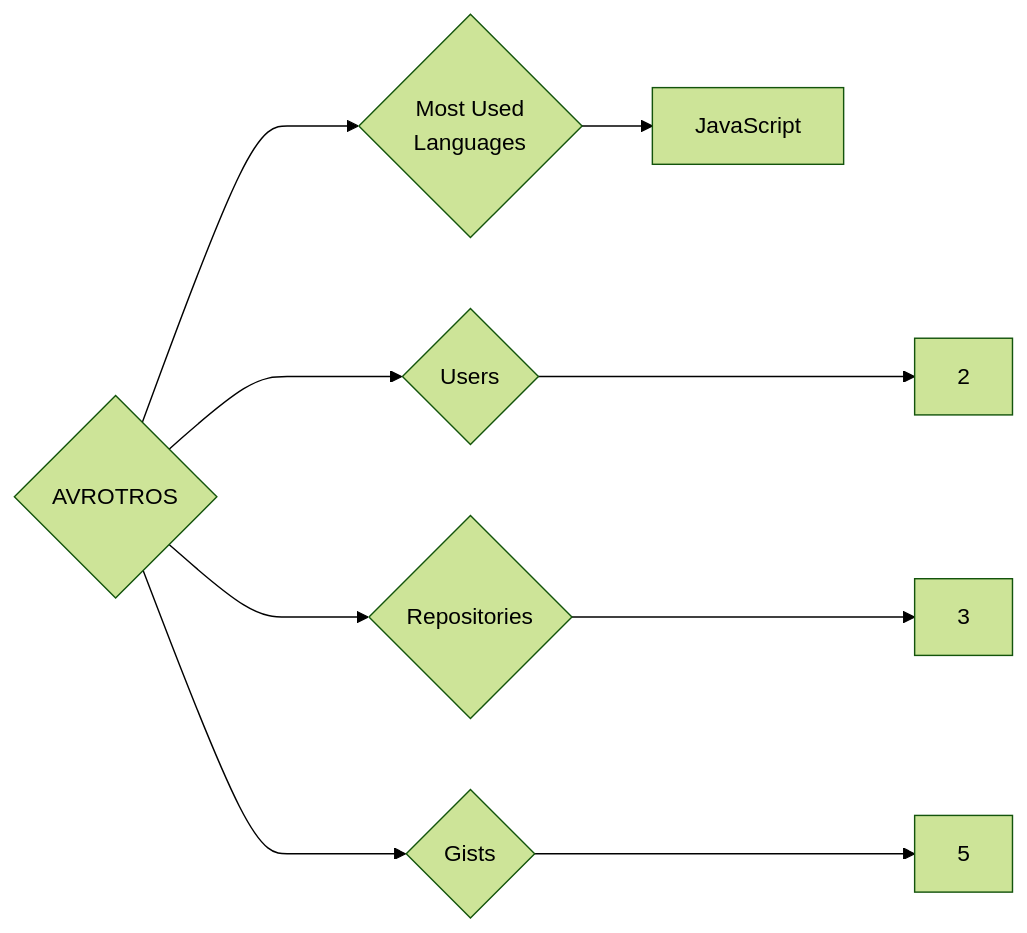
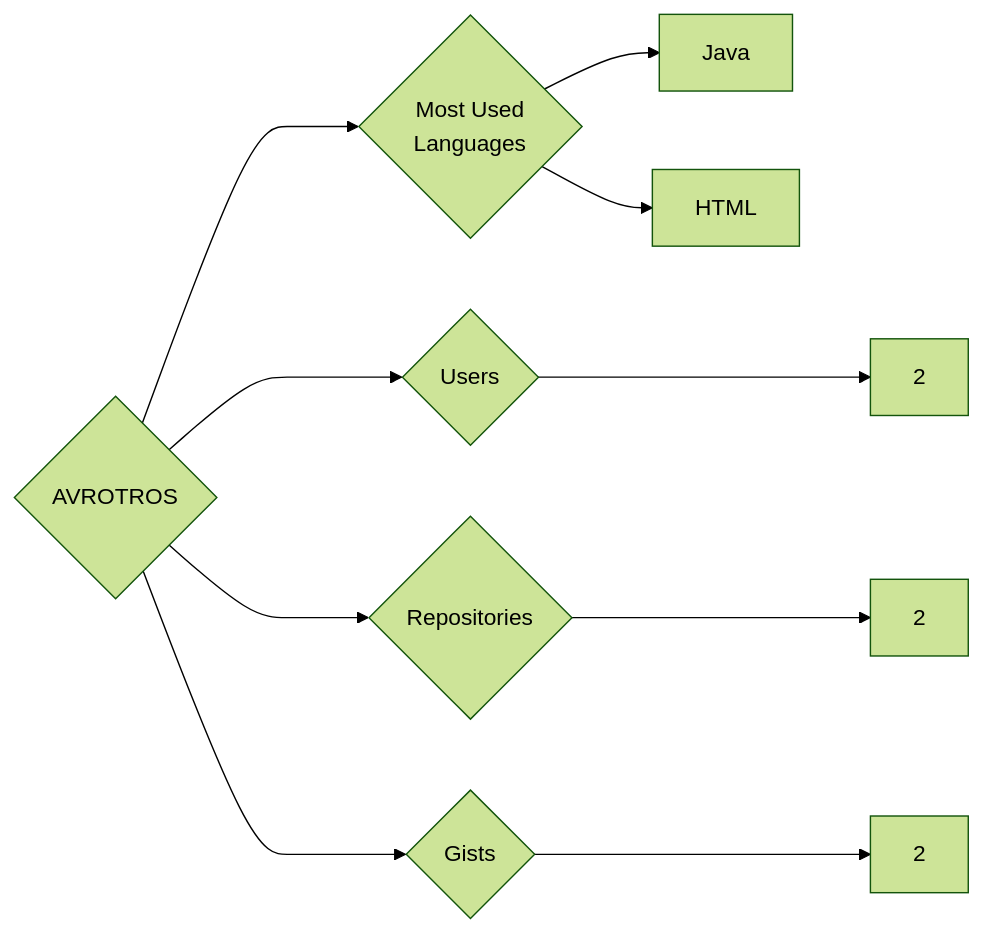
The diagram in targets/AVROTROS/README.md (trickest/insiders), drawn with Mermaid (forest theme) before and after one commit. The commit also changed 870 other files, not shown here.

````diff
--- a/targets/AVROTROS/README.md
+++ b/targets/AVROTROS/README.md
@@ -3,9 +3,10 @@
 ```mermaid
 graph LR
 COMPANY_NAME{AVROTROS}
 COMPANY_NAME ---> U{Users} ---> UN[2]
-COMPANY_NAME ---> R{Repositories} ---> RN[3]
-COMPANY_NAME ---> G{Gists} ---> GN[5]
+COMPANY_NAME ---> R{Repositories} ---> RN[2]
+COMPANY_NAME ---> G{Gists} ---> GN[2]
 COMPANY_NAME ---> ML{Most Used<br>Languages}
-ML --> JavaScript[JavaScript]
+ML --> Java[Java]
+ML --> HTML[HTML]
 ```
````
